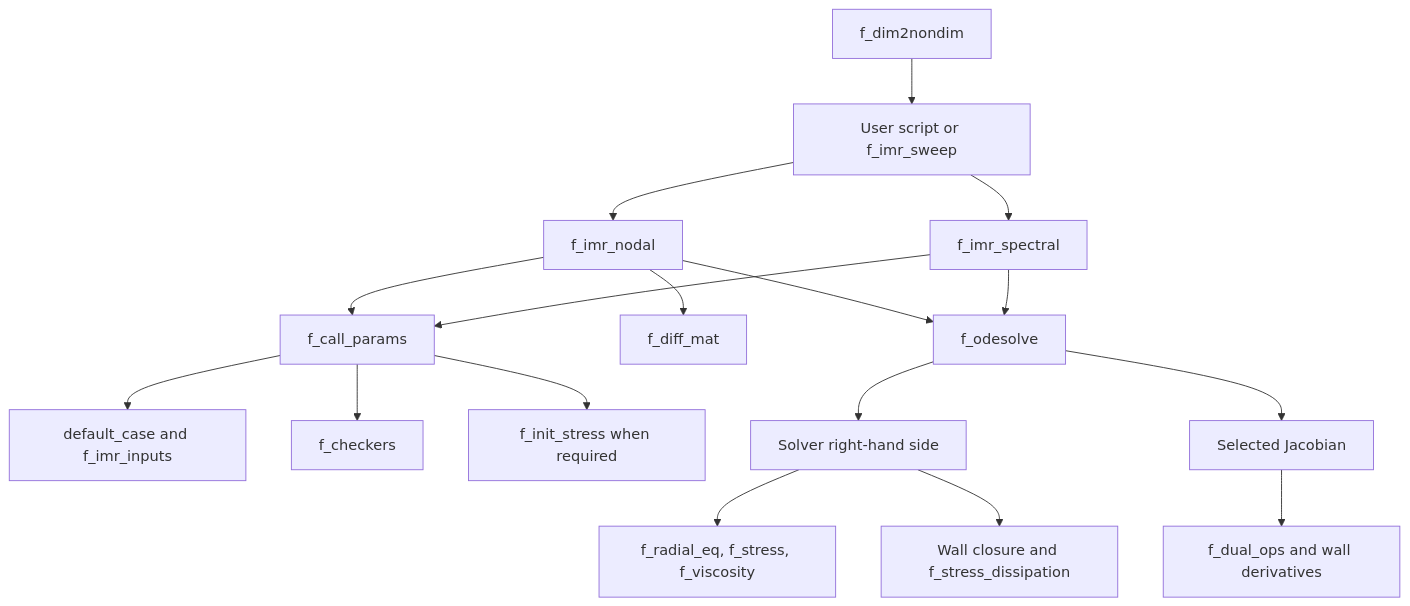
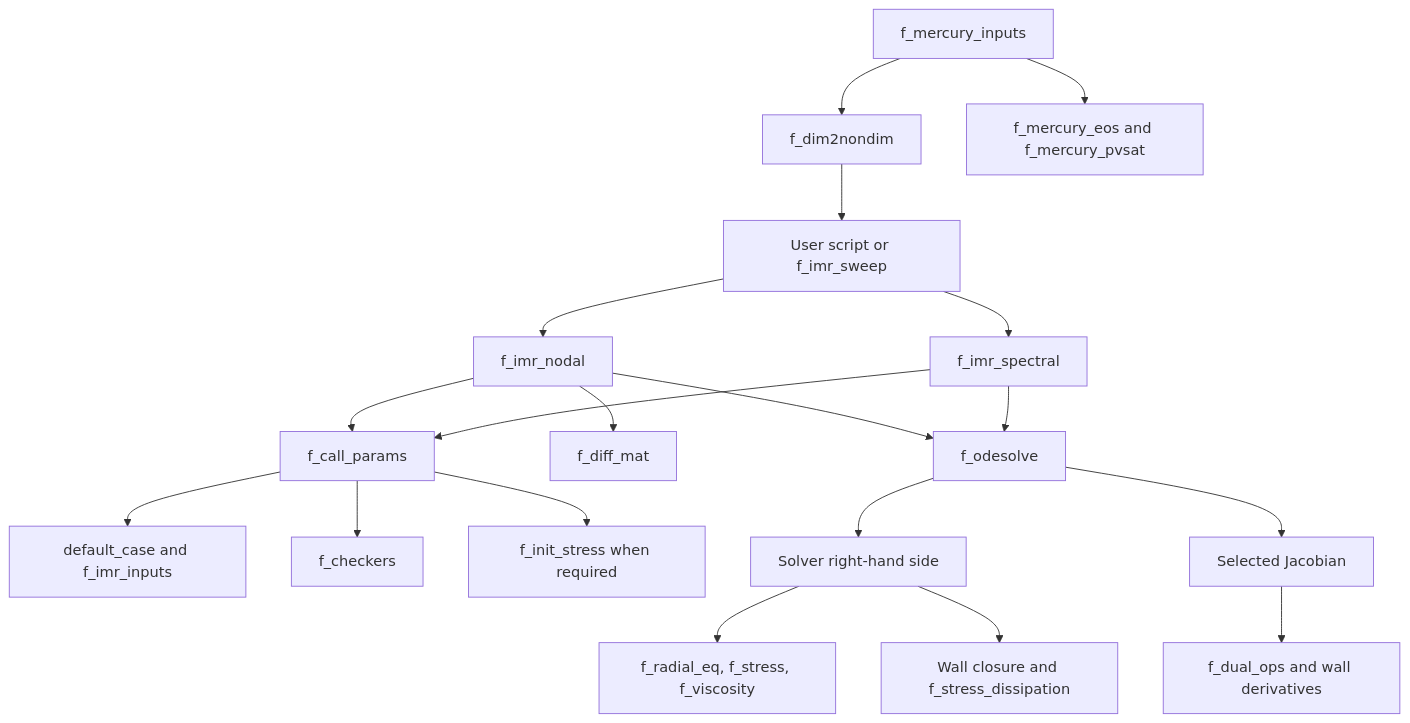
The diagram in docs/reference/code-map.md (ComputationalFlowGroup/IMRv2), drawn with Mermaid before and after one commit. The commit also changed other lines of this file and 26 other files, not shown here.

Commit message:
Add self-contained MATLAB mercury properties and KM inputs

````diff
--- a/docs/reference/code-map.md
+++ b/docs/reference/code-map.md
@@ -48,19 +57,21 @@
 ```mermaid
 flowchart TD
+  Hg[f_mercury_inputs] --> SI[f_dim2nondim]
+  Hg --> E[f_mercury_eos and f_mercury_pvsat]
   SI[f_dim2nondim] --> Caller[User script or f_imr_sweep]
   Caller --> N[f_imr_nodal]
   Caller --> S[f_imr_spectral]
   N --> P[f_call_params]
   S --> P
   P --> D[default_case and f_imr_inputs]
   P --> C[f_checkers]
   P --> I[f_init_stress when required]
   N --> G[f_diff_mat]
   N --> O[f_odesolve]
   S --> O
   O --> RHS[Solver right-hand side]
   RHS --> F[f_radial_eq, f_stress, f_viscosity]
   RHS --> H[Wall closure and f_stress_dissipation]
   O --> J[Selected Jacobian]
   J --> Dual[f_dual_ops and wall derivatives]
 ```
````
